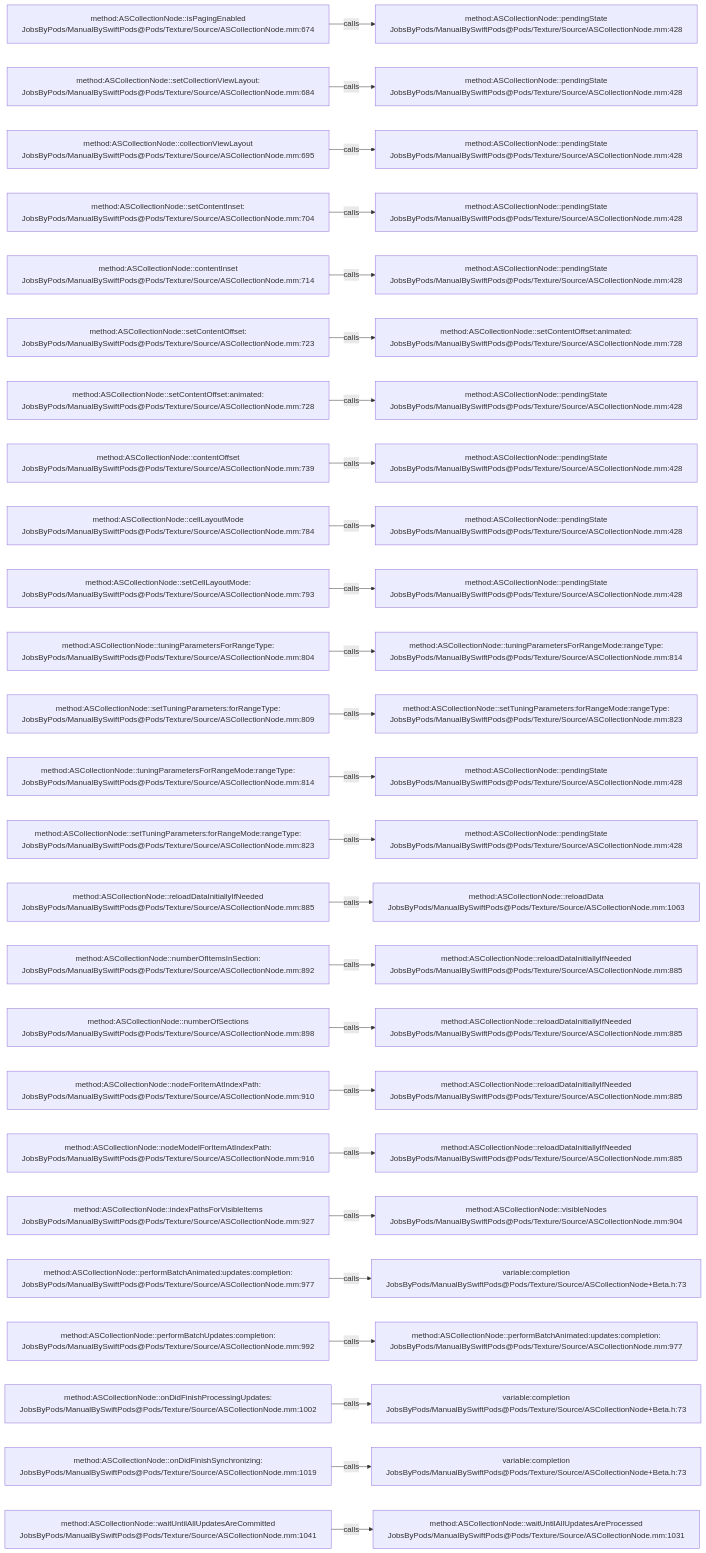
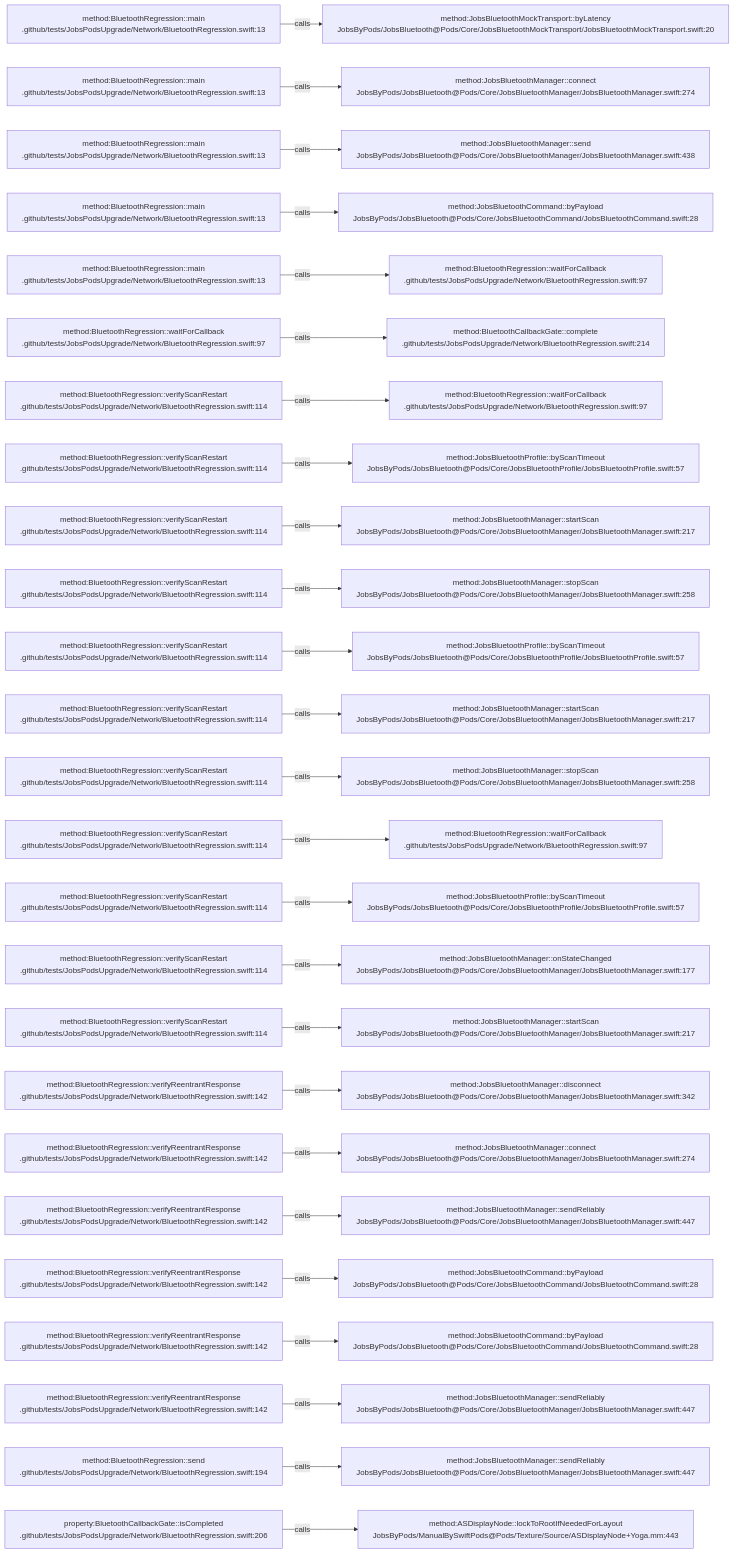
One commit to JobsKits/JobsSwiftBaseConfigDemo changed the diagram in .codegraph/codegraph.md/graphs/calls-009.md. Above: the diagram before and after it, drawn with Mermaid. The commit also changed 224 other files, not shown here.

````diff
--- a/.codegraph/codegraph.md/graphs/calls-009.md
+++ b/.codegraph/codegraph.md/graphs/calls-009.md
@@ -13,78 +13,78 @@
 ```mermaid
 flowchart LR
-  S1["method:ASCollectionNode::isPagingEnabled<br/>JobsByPods/ManualBySwiftPods@Pods/Texture/Source/ASCollectionNode.mm:674"]
-  T1["method:ASCollectionNode::pendingState<br/>JobsByPods/ManualBySwiftPods@Pods/Texture/Source/ASCollectionNode.mm:428"]
+  S1["method:BluetoothRegression::main<br/>.github/tests/JobsPodsUpgrade/Network/BluetoothRegression.swift:13"]
+  T1["method:JobsBluetoothMockTransport::byLatency<br/>JobsByPods/JobsBluetooth@Pods/Core/JobsBluetoothMockTransport/JobsBluetoothMockTransport.swift:20"]
   S1 -->|calls| T1
-  S2["method:ASCollectionNode::setCollectionViewLayout:<br/>JobsByPods/ManualBySwiftPods@Pods/Texture/Source/ASCollectionNode.mm:684"]
-  T2["method:ASCollectionNode::pendingState<br/>JobsByPods/ManualBySwiftPods@Pods/Texture/Source/ASCollectionNode.mm:428"]
+  S2["method:BluetoothRegression::main<br/>.github/tests/JobsPodsUpgrade/Network/BluetoothRegression.swift:13"]
+  T2["method:JobsBluetoothManager::connect<br/>JobsByPods/JobsBluetooth@Pods/Core/JobsBluetoothManager/JobsBluetoothManager.swift:274"]
   S2 -->|calls| T2
-  S3["method:ASCollectionNode::collectionViewLayout<br/>JobsByPods/ManualBySwiftPods@Pods/Texture/Source/ASCollectionNode.mm:695"]
-  T3["method:ASCollectionNode::pendingState<br/>JobsByPods/ManualBySwiftPods@Pods/Texture/Source/ASCollectionNode.mm:428"]
+  S3["method:BluetoothRegression::main<br/>.github/tests/JobsPodsUpgrade/Network/BluetoothRegression.swift:13"]
+  T3["method:JobsBluetoothManager::send<br/>JobsByPods/JobsBluetooth@Pods/Core/JobsBluetoothManager/JobsBluetoothManager.swift:438"]
   S3 -->|calls| T3
-  S4["method:ASCollectionNode::setContentInset:<br/>JobsByPods/ManualBySwiftPods@Pods/Texture/Source/ASCollectionNode.mm:704"]
-  T4["method:ASCollectionNode::pendingState<br/>JobsByPods/ManualBySwiftPods@Pods/Texture/Source/ASCollectionNode.mm:428"]
+  S4["method:BluetoothRegression::main<br/>.github/tests/JobsPodsUpgrade/Network/BluetoothRegression.swift:13"]
+  T4["method:JobsBluetoothCommand::byPayload<br/>JobsByPods/JobsBluetooth@Pods/Core/JobsBluetoothCommand/JobsBluetoothCommand.swift:28"]
   S4 -->|calls| T4
-  S5["method:ASCollectionNode::contentInset<br/>JobsByPods/ManualBySwiftPods@Pods/Texture/Source/ASCollectionNode.mm:714"]
-  T5["method:ASCollectionNode::pendingState<br/>JobsByPods/ManualBySwiftPods@Pods/Texture/Source/ASCollectionNode.mm:428"]
+  S5["method:BluetoothRegression::main<br/>.github/tests/JobsPodsUpgrade/Network/BluetoothRegression.swift:13"]
+  T5["method:BluetoothRegression::waitForCallback<br/>.github/tests/JobsPodsUpgrade/Network/BluetoothRegression.swift:97"]
   S5 -->|calls| T5
-  S6["method:ASCollectionNode::setContentOffset:<br/>JobsByPods/ManualBySwiftPods@Pods/Texture/Source/ASCollectionNode.mm:723"]
-  T6["method:ASCollectionNode::setContentOffset:animated:<br/>JobsByPods/ManualBySwiftPods@Pods/Texture/Source/ASCollectionNode.mm:728"]
+  S6["method:BluetoothRegression::waitForCallback<br/>.github/tests/JobsPodsUpgrade/Network/BluetoothRegression.swift:97"]
+  T6["method:BluetoothCallbackGate::complete<br/>.github/tests/JobsPodsUpgrade/Network/BluetoothRegression.swift:214"]
   S6 -->|calls| T6
-  S7["method:ASCollectionNode::setContentOffset:animated:<br/>JobsByPods/ManualBySwiftPods@Pods/Texture/Source/ASCollectionNode.mm:728"]
-  T7["method:ASCollectionNode::pendingState<br/>JobsByPods/ManualBySwiftPods@Pods/Texture/Source/ASCollectionNode.mm:428"]
+  S7["method:BluetoothRegression::verifyScanRestart<br/>.github/tests/JobsPodsUpgrade/Network/BluetoothRegression.swift:114"]
+  T7["method:BluetoothRegression::waitForCallback<br/>.github/tests/JobsPodsUpgrade/Network/BluetoothRegression.swift:97"]
   S7 -->|calls| T7
-  S8["method:ASCollectionNode::contentOffset<br/>JobsByPods/ManualBySwiftPods@Pods/Texture/Source/ASCollectionNode.mm:739"]
-  T8["method:ASCollectionNode::pendingState<br/>JobsByPods/ManualBySwiftPods@Pods/Texture/Source/ASCollectionNode.mm:428"]
+  S8["method:BluetoothRegression::verifyScanRestart<br/>.github/tests/JobsPodsUpgrade/Network/BluetoothRegression.swift:114"]
+  T8["method:JobsBluetoothProfile::byScanTimeout<br/>JobsByPods/JobsBluetooth@Pods/Core/JobsBluetoothProfile/JobsBluetoothProfile.swift:57"]
   S8 -->|calls| T8
-  S9["method:ASCollectionNode::cellLayoutMode<br/>JobsByPods/ManualBySwiftPods@Pods/Texture/Source/ASCollectionNode.mm:784"]
-  T9["method:ASCollectionNode::pendingState<br/>JobsByPods/ManualBySwiftPods@Pods/Texture/Source/ASCollectionNode.mm:428"]
+  S9["method:BluetoothRegression::verifyScanRestart<br/>.github/tests/JobsPodsUpgrade/Network/BluetoothRegression.swift:114"]
+  T9["method:JobsBluetoothManager::startScan<br/>JobsByPods/JobsBluetooth@Pods/Core/JobsBluetoothManager/JobsBluetoothManager.swift:217"]
   S9 -->|calls| T9
-  S10["method:ASCollectionNode::setCellLayoutMode:<br/>JobsByPods/ManualBySwiftPods@Pods/Texture/Source/ASCollectionNode.mm:793"]
-  T10["method:ASCollectionNode::pendingState<br/>JobsByPods/ManualBySwiftPods@Pods/Texture/Source/ASCollectionNode.mm:428"]
+  S10["method:BluetoothRegression::verifyScanRestart<br/>.github/tests/JobsPodsUpgrade/Network/BluetoothRegression.swift:114"]
+  T10["method:JobsBluetoothManager::stopScan<br/>JobsByPods/JobsBluetooth@Pods/Core/JobsBluetoothManager/JobsBluetoothManager.swift:258"]
   S10 -->|calls| T10
-  S11["method:ASCollectionNode::tuningParametersForRangeType:<br/>JobsByPods/ManualBySwiftPods@Pods/Texture/Source/ASCollectionNode.mm:804"]
-  T11["method:ASCollectionNode::tuningParametersForRangeMode:rangeType:<br/>JobsByPods/ManualBySwiftPods@Pods/Texture/Source/ASCollectionNode.mm:814"]
+  S11["method:BluetoothRegression::verifyScanRestart<br/>.github/tests/JobsPodsUpgrade/Network/BluetoothRegression.swift:114"]
+  T11["method:JobsBluetoothProfile::byScanTimeout<br/>JobsByPods/JobsBluetooth@Pods/Core/JobsBluetoothProfile/JobsBluetoothProfile.swift:57"]
   S11 -->|calls| T11
-  S12["method:ASCollectionNode::setTuningParameters:forRangeType:<br/>JobsByPods/ManualBySwiftPods@Pods/Texture/Source/ASCollectionNode.mm:809"]
-  T12["method:ASCollectionNode::setTuningParameters:forRangeMode:rangeType:<br/>JobsByPods/ManualBySwiftPods@Pods/Texture/Source/ASCollectionNode.mm:823"]
+  S12["method:BluetoothRegression::verifyScanRestart<br/>.github/tests/JobsPodsUpgrade/Network/BluetoothRegression.swift:114"]
+  T12["method:JobsBluetoothManager::startScan<br/>JobsByPods/JobsBluetooth@Pods/Core/JobsBluetoothManager/JobsBluetoothManager.swift:217"]
   S12 -->|calls| T12
-  S13["method:ASCollectionNode::tuningParametersForRangeMode:rangeType:<br/>JobsByPods/ManualBySwiftPods@Pods/Texture/Source/ASCollectionNode.mm:814"]
-  T13["method:ASCollectionNode::pendingState<br/>JobsByPods/ManualBySwiftPods@Pods/Texture/Source/ASCollectionNode.mm:428"]
+  S13["method:BluetoothRegression::verifyScanRestart<br/>.github/tests/JobsPodsUpgrade/Network/BluetoothRegression.swift:114"]
+  T13["method:JobsBluetoothManager::stopScan<br/>JobsByPods/JobsBluetooth@Pods/Core/JobsBluetoothManager/JobsBluetoothManager.swift:258"]
   S13 -->|calls| T13
-  S14["method:ASCollectionNode::setTuningParameters:forRangeMode:rangeType:<br/>JobsByPods/ManualBySwiftPods@Pods/Texture/Source/ASCollectionNode.mm:823"]
-  T14["method:ASCollectionNode::pendingState<br/>JobsByPods/ManualBySwiftPods@Pods/Texture/Source/ASCollectionNode.mm:428"]
+  S14["method:BluetoothRegression::verifyScanRestart<br/>.github/tests/JobsPodsUpgrade/Network/BluetoothRegression.swift:114"]
+  T14["method:BluetoothRegression::waitForCallback<br/>.github/tests/JobsPodsUpgrade/Network/BluetoothRegression.swift:97"]
   S14 -->|calls| T14
-  S15["method:ASCollectionNode::reloadDataInitiallyIfNeeded<br/>JobsByPods/ManualBySwiftPods@Pods/Texture/Source/ASCollectionNode.mm:885"]
-  T15["method:ASCollectionNode::reloadData<br/>JobsByPods/ManualBySwiftPods@Pods/Texture/Source/ASCollectionNode.mm:1063"]
+  S15["method:BluetoothRegression::verifyScanRestart<br/>.github/tests/JobsPodsUpgrade/Network/BluetoothRegression.swift:114"]
+  T15["method:JobsBluetoothProfile::byScanTimeout<br/>JobsByPods/JobsBluetooth@Pods/Core/JobsBluetoothProfile/JobsBluetoothProfile.swift:57"]
   S15 -->|calls| T15
-  S16["method:ASCollectionNode::numberOfItemsInSection:<br/>JobsByPods/ManualBySwiftPods@Pods/Texture/Source/ASCollectionNode.mm:892"]
-  T16["method:ASCollectionNode::reloadDataInitiallyIfNeeded<br/>JobsByPods/ManualBySwiftPods@Pods/Texture/Source/ASCollectionNode.mm:885"]
+  S16["method:BluetoothRegression::verifyScanRestart<br/>.github/tests/JobsPodsUpgrade/Network/BluetoothRegression.swift:114"]
+  T16["method:JobsBluetoothManager::onStateChanged<br/>JobsByPods/JobsBluetooth@Pods/Core/JobsBluetoothManager/JobsBluetoothManager.swift:177"]
   S16 -->|calls| T16
-  S17["method:ASCollectionNode::numberOfSections<br/>JobsByPods/ManualBySwiftPods@Pods/Texture/Source/ASCollectionNode.mm:898"]
-  T17["method:ASCollectionNode::reloadDataInitiallyIfNeeded<br/>JobsByPods/ManualBySwiftPods@Pods/Texture/Source/ASCollectionNode.mm:885"]
+  S17["method:BluetoothRegression::verifyScanRestart<br/>.github/tests/JobsPodsUpgrade/Network/BluetoothRegression.swift:114"]
+  T17["method:JobsBluetoothManager::startScan<br/>JobsByPods/JobsBluetooth@Pods/Core/JobsBluetoothManager/JobsBluetoothManager.swift:217"]
   S17 -->|calls| T17
-  S18["method:ASCollectionNode::nodeForItemAtIndexPath:<br/>JobsByPods/ManualBySwiftPods@Pods/Texture/Source/ASCollectionNode.mm:910"]
-  T18["method:ASCollectionNode::reloadDataInitiallyIfNeeded<br/>JobsByPods/ManualBySwiftPods@Pods/Texture/Source/ASCollectionNode.mm:885"]
+  S18["method:BluetoothRegression::verifyReentrantResponse<br/>.github/tests/JobsPodsUpgrade/Network/BluetoothRegression.swift:142"]
+  T18["method:JobsBluetoothManager::disconnect<br/>JobsByPods/JobsBluetooth@Pods/Core/JobsBluetoothManager/JobsBluetoothManager.swift:342"]
   S18 -->|calls| T18
-  S19["method:ASCollectionNode::nodeModelForItemAtIndexPath:<br/>JobsByPods/ManualBySwiftPods@Pods/Texture/Source/ASCollectionNode.mm:916"]
-  T19["method:ASCollectionNode::reloadDataInitiallyIfNeeded<br/>JobsByPods/ManualBySwiftPods@Pods/Texture/Source/ASCollectionNode.mm:885"]
+  S19["method:BluetoothRegression::verifyReentrantResponse<br/>.github/tests/JobsPodsUpgrade/Network/BluetoothRegression.swift:142"]
+  T19["method:JobsBluetoothManager::connect<br/>JobsByPods/JobsBluetooth@Pods/Core/JobsBluetoothManager/JobsBluetoothManager.swift:274"]
   S19 -->|calls| T19
-  S20["method:ASCollectionNode::indexPathsForVisibleItems<br/>JobsByPods/ManualBySwiftPods@Pods/Texture/Source/ASCollectionNode.mm:927"]
-  T20["method:ASCollectionNode::visibleNodes<br/>JobsByPods/ManualBySwiftPods@Pods/Texture/Source/ASCollectionNode.mm:904"]
+  S20["method:BluetoothRegression::verifyReentrantResponse<br/>.github/tests/JobsPodsUpgrade/Network/BluetoothRegression.swift:142"]
+  T20["method:JobsBluetoothManager::sendReliably<br/>JobsByPods/JobsBluetooth@Pods/Core/JobsBluetoothManager/JobsBluetoothManager.swift:447"]
   S20 -->|calls| T20
-  S21["method:ASCollectionNode::performBatchAnimated:updates:completion:<br/>JobsByPods/ManualBySwiftPods@Pods/Texture/Source/ASCollectionNode.mm:977"]
-  T21["variable:completion<br/>JobsByPods/ManualBySwiftPods@Pods/Texture/Source/ASCollectionNode+Beta.h:73"]
+  S21["method:BluetoothRegression::verifyReentrantResponse<br/>.github/tests/JobsPodsUpgrade/Network/BluetoothRegression.swift:142"]
+  T21["method:JobsBluetoothCommand::byPayload<br/>JobsByPods/JobsBluetooth@Pods/Core/JobsBluetoothCommand/JobsBluetoothCommand.swift:28"]
   S21 -->|calls| T21
-  S22["method:ASCollectionNode::performBatchUpdates:completion:<br/>JobsByPods/ManualBySwiftPods@Pods/Texture/Source/ASCollectionNode.mm:992"]
-  T22["method:ASCollectionNode::performBatchAnimated:updates:completion:<br/>JobsByPods/ManualBySwiftPods@Pods/Texture/Source/ASCollectionNode.mm:977"]
+  S22["method:BluetoothRegression::verifyReentrantResponse<br/>.github/tests/JobsPodsUpgrade/Network/BluetoothRegression.swift:142"]
+  T22["method:JobsBluetoothCommand::byPayload<br/>JobsByPods/JobsBluetooth@Pods/Core/JobsBluetoothCommand/JobsBluetoothCommand.swift:28"]
   S22 -->|calls| T22
-  S23["method:ASCollectionNode::onDidFinishProcessingUpdates:<br/>JobsByPods/ManualBySwiftPods@Pods/Texture/Source/ASCollectionNode.mm:1002"]
-  T23["variable:completion<br/>JobsByPods/ManualBySwiftPods@Pods/Texture/Source/ASCollectionNode+Beta.h:73"]
+  S23["method:BluetoothRegression::verifyReentrantResponse<br/>.github/tests/JobsPodsUpgrade/Network/BluetoothRegression.swift:142"]
+  T23["method:JobsBluetoothManager::sendReliably<br/>JobsByPods/JobsBluetooth@Pods/Core/JobsBluetoothManager/JobsBluetoothManager.swift:447"]
   S23 -->|calls| T23
-  S24["method:ASCollectionNode::onDidFinishSynchronizing:<br/>JobsByPods/ManualBySwiftPods@Pods/Texture/Source/ASCollectionNode.mm:1019"]
-  T24["variable:completion<br/>JobsByPods/ManualBySwiftPods@Pods/Texture/Source/ASCollectionNode+Beta.h:73"]
+  S24["method:BluetoothRegression::send<br/>.github/tests/JobsPodsUpgrade/Network/BluetoothRegression.swift:194"]
+  T24["method:JobsBluetoothManager::sendReliably<br/>JobsByPods/JobsBluetooth@Pods/Core/JobsBluetoothManager/JobsBluetoothManager.swift:447"]
   S24 -->|calls| T24
-  S25["method:ASCollectionNode::waitUntilAllUpdatesAreCommitted<br/>JobsByPods/ManualBySwiftPods@Pods/Texture/Source/ASCollectionNode.mm:1041"]
-  T25["method:ASCollectionNode::waitUntilAllUpdatesAreProcessed<br/>JobsByPods/ManualBySwiftPods@Pods/Texture/Source/ASCollectionNode.mm:1031"]
+  S25["property:BluetoothCallbackGate::isCompleted<br/>.github/tests/JobsPodsUpgrade/Network/BluetoothRegression.swift:206"]
+  T25["method:ASDisplayNode::lockToRootIfNeededForLayout<br/>JobsByPods/ManualBySwiftPods@Pods/Texture/Source/ASDisplayNode+Yoga.mm:443"]
   S25 -->|calls| T25
 ```
````
